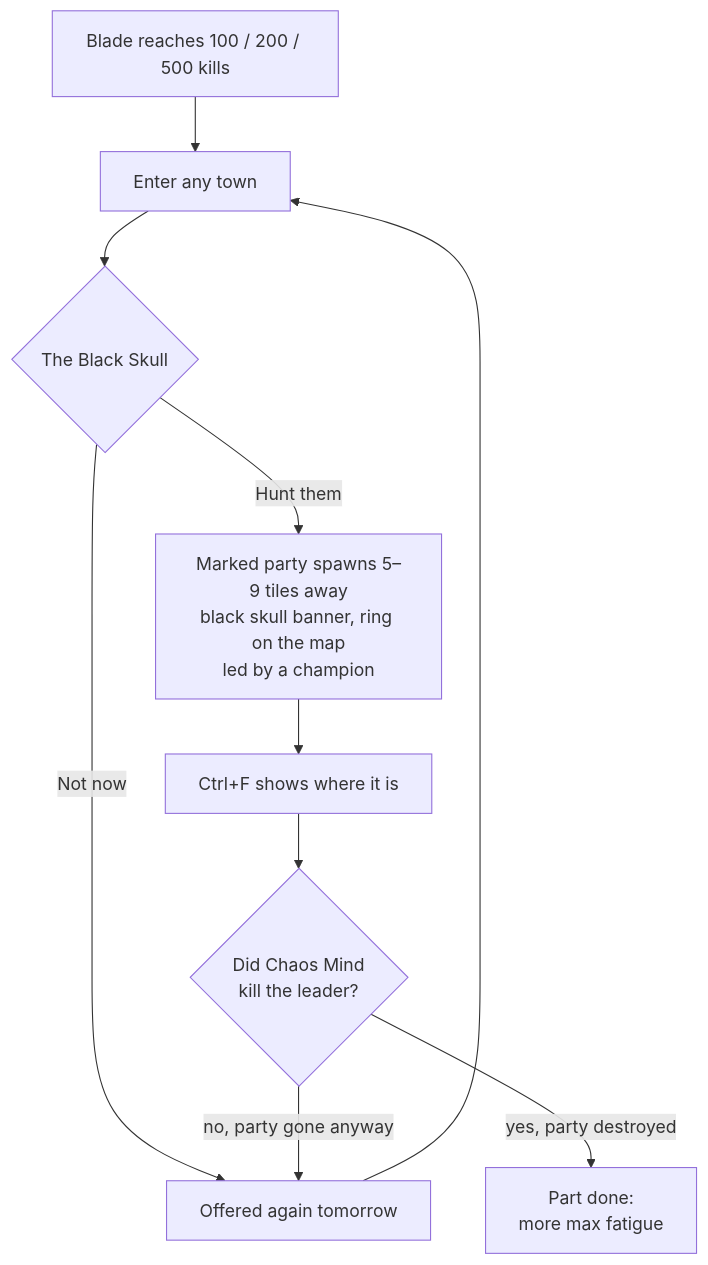
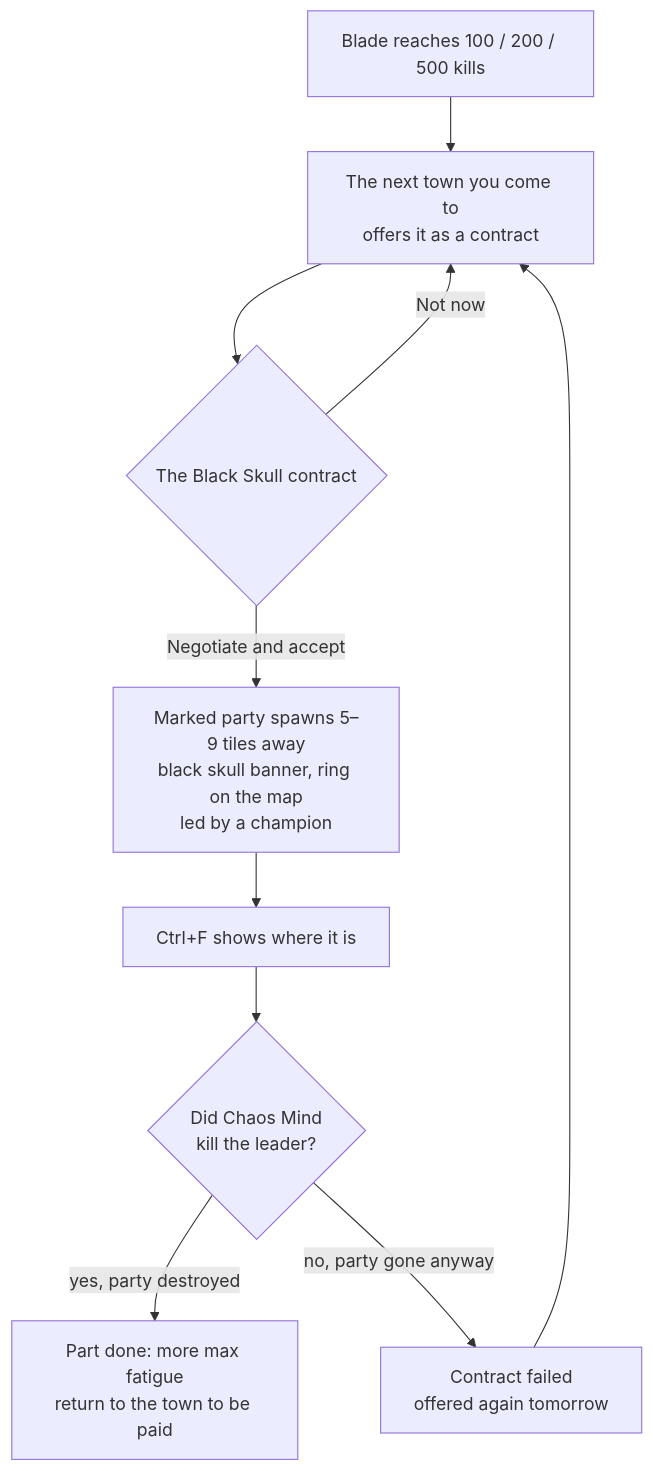
Before and after one commit to JustDragos/Chaos-Weapon-Mod: the third of 4 diagrams in README.md, drawn with Mermaid. The commit also changed other lines of this file and 43 other files, not shown here.

````diff
--- a/README.md
+++ b/README.md
@@ -197,12 +205,12 @@
 ```mermaid
 flowchart TD
-    A[Blade reaches 100 / 200 / 500 kills] --> B[Enter any town]
-    B --> C{The Black Skull}
-    C -- Not now --> D[Offered again tomorrow]
-    D --> B
-    C -- Hunt them --> E[Marked party spawns 5–9 tiles away<br/>black skull banner, ring on the map<br/>led by a champion]
+    A[Blade reaches 100 / 200 / 500 kills] --> B[The next town you come to<br/>offers it as a contract]
+    B --> C{The Black Skull contract}
+    C -- Not now --> B
+    C -- Negotiate and accept --> E[Marked party spawns 5–9 tiles away<br/>black skull banner, ring on the map<br/>led by a champion]
     E --> F[Ctrl+F shows where it is]
     F --> G{Did Chaos Mind<br/>kill the leader?}
-    G -- yes, party destroyed --> H[Part done:<br/>more max fatigue]
-    G -- no, party gone anyway --> D
+    G -- yes, party destroyed --> H[Part done: more max fatigue<br/>return to the town to be paid]
+    G -- no, party gone anyway --> D[Contract failed<br/>offered again tomorrow]
+    D --> B
 ```
````
